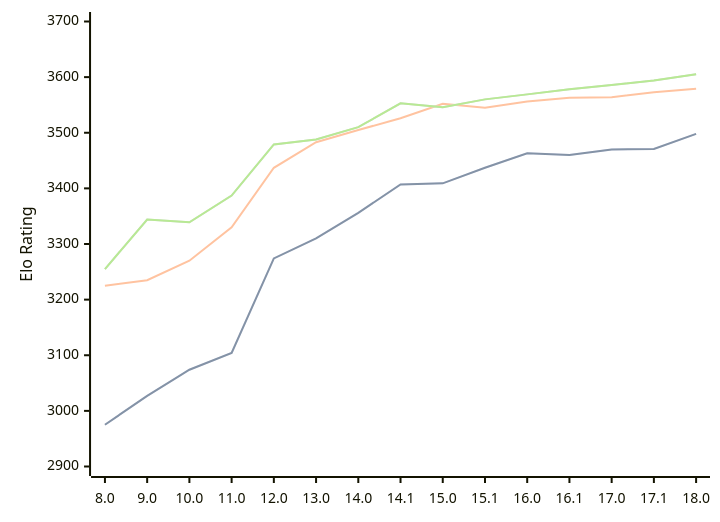
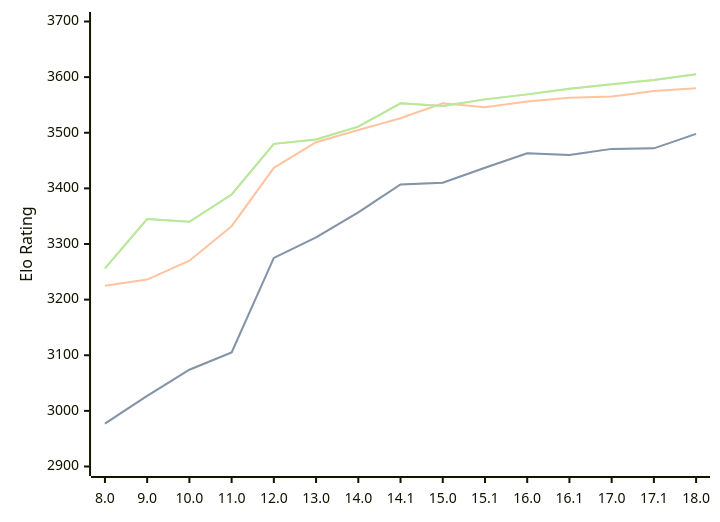
Before and after one commit to computer-chess-index/cci: the diagram in engines/Stockfish.md, drawn with Mermaid. The commit also changed other lines of this file, not shown here.

Commit message:
Update CCI Ratings (ELO VLTC) - 2026-07-24

````diff
--- a/engines/Stockfish.md
+++ b/engines/Stockfish.md
@@ -46,11 +46,11 @@
 ```mermaid
 %%{init: {"theme":"base","themeVariables":{"seriesColors:['#a3a3a3','#222221','#faa371']}}}%%
 xychart-beta
   x-axis ["8.0", "9.0", "10.0", "11.0", "12.0", "13.0", "14.0", "14.1", "15.0", "15.1", "16.0", "16.1", "17.0", "17.1", "18.0"]
   y-axis "Elo Rating" 2900 --> 3700
-  line "STC (8.0+0.08s)" [2975, 3027, 3074, 3104, 3274, 3310, 3356, 3407, 3409, 3437, 3463, 3460, 3470, 3471, 3498]
-  line "STC (8.0+0.08s)" [2975, 3027, 3074, 3104, 3274, 3310, 3356, 3407, 3409, 3437, 3463, 3460, 3470, 3471, 3498]
-  line "LTC (60.0+0.60s)" [3225, 3235, 3270, 3330, 3437, 3483, 3505, 3526, 3552, 3545, 3556, 3563, 3564, 3573, 3579]
-  line "VLTC (2m24s+1.12s)" [3255, 3344, 3339, 3387, 3479, 3488, 3510, 3553, 3546, 3560, 3569, 3578, 3586, 3594, 3605]
-  line "VLTC (2m24s+1.12s)" [3255, 3344, 3339, 3387, 3479, 3488, 3510, 3553, 3546, 3560, 3569, 3578, 3586, 3594, 3605]
+  line "STC (8.0+0.08s)" [2977, 3027, 3074, 3105, 3275, 3312, 3357, 3407, 3410, 3437, 3463, 3460, 3471, 3472, 3498]
+  line "STC (8.0+0.08s)" [2977, 3027, 3074, 3105, 3275, 3312, 3357, 3407, 3410, 3437, 3463, 3460, 3471, 3472, 3498]
+  line "LTC (60.0+0.60s)" [3225, 3236, 3270, 3332, 3437, 3483, 3505, 3526, 3553, 3546, 3556, 3563, 3565, 3575, 3580]
+  line "VLTC (2m24s+1.12s)" [3256, 3345, 3340, 3389, 3480, 3488, 3511, 3553, 3548, 3560, 3569, 3579, 3587, 3595, 3605]
+  line "VLTC (2m24s+1.12s)" [3256, 3345, 3340, 3389, 3480, 3488, 3511, 3553, 3548, 3560, 3569, 3579, 3587, 3595, 3605]
 ```
````
